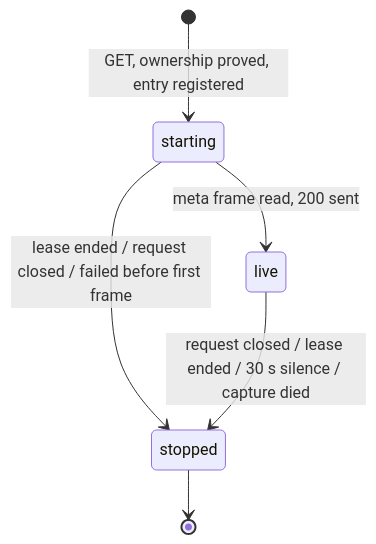
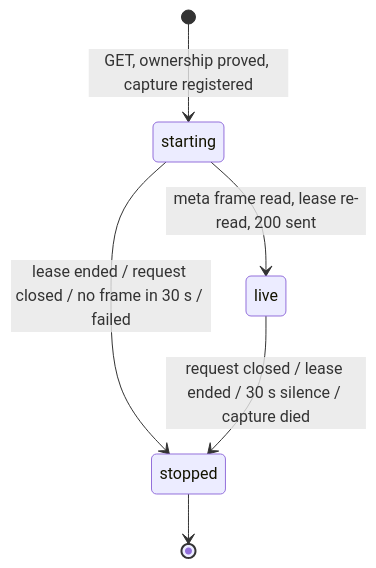
The second of 3 diagrams in docs/internal/adr/0031-a-screen-stream-is-an-optional-module-and-a-driver-films-the-device.md (callstackincubator/simlock), drawn with Mermaid before and after one commit. The commit also changed other lines of this file and 1 other file, not shown here.

````diff
--- a/docs/internal/adr/0031-a-screen-stream-is-an-optional-module-and-a-driver-films-the-device.md
+++ b/docs/internal/adr/0031-a-screen-stream-is-an-optional-module-and-a-driver-films-the-device.md
@@ -133,8 +145,8 @@
 ```mermaid
 stateDiagram-v2
-  [*] --> starting: GET, ownership proved, entry registered
-  starting --> live: meta frame read, 200 sent
-  starting --> stopped: lease ended / request closed / failed before first frame
+  [*] --> starting: GET, ownership proved, capture registered
+  starting --> live: meta frame read, lease re-read, 200 sent
+  starting --> stopped: lease ended / request closed / no frame in 30 s / failed
   live --> stopped: request closed / lease ended / 30 s silence / capture died
   stopped --> [*]
 ```
````
